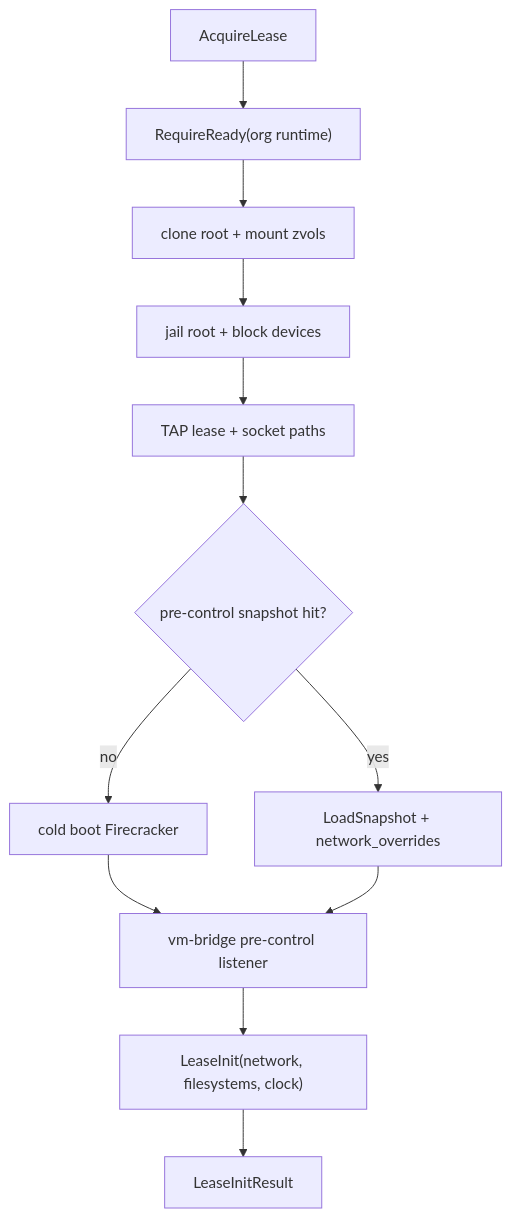
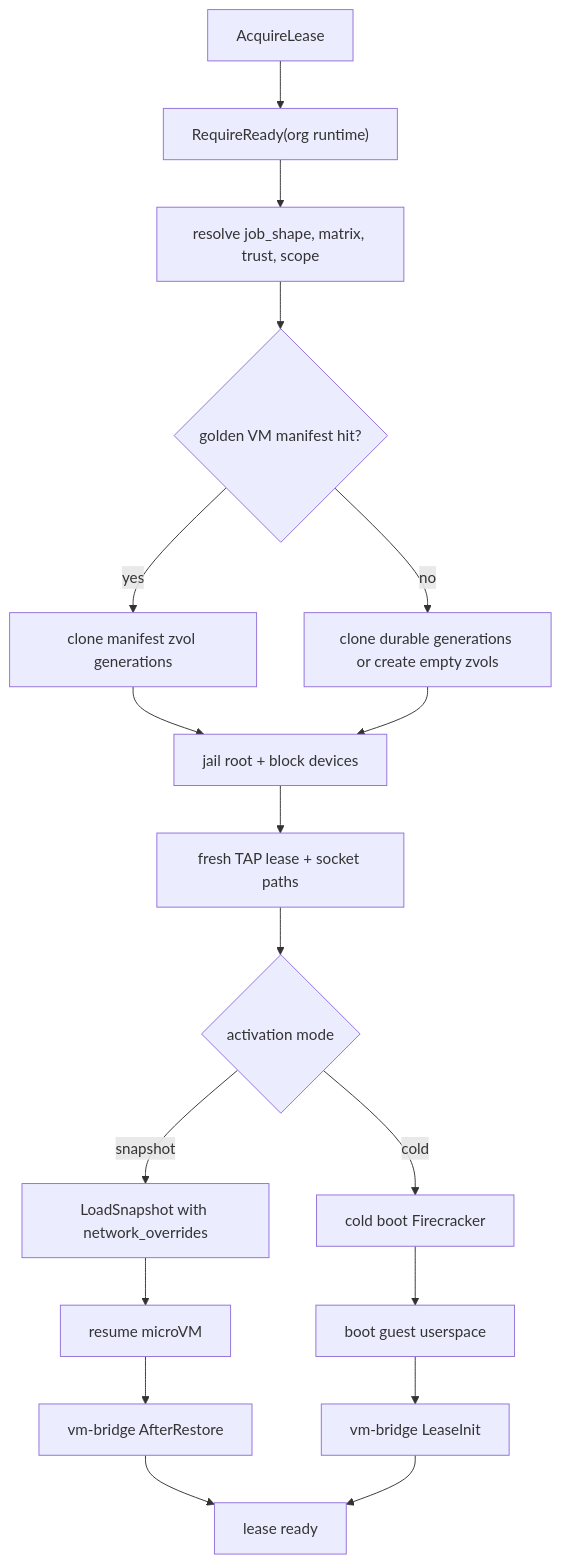
One commit to guardian-intelligence/verself changed the second of 6 diagrams in src/substrate/vm-orchestrator/docs/firecracker-snapshot-lifecycle.md. Above: the diagram before and after it, drawn with Mermaid. The commit also changed other lines of this file and 14 other files, not shown here.

Commit message:
Document golden VM snapshot artifacts

````diff
--- a/src/substrate/vm-orchestrator/docs/firecracker-snapshot-lifecycle.md
+++ b/src/substrate/vm-orchestrator/docs/firecracker-snapshot-lifecycle.md
@@ -13,16 +21,25 @@
 ```mermaid
 flowchart TD
     acquire["AcquireLease"] --> require["RequireReady(org runtime)"]
-    require --> zvols["clone root + mount zvols"]
+    require --> shape["resolve job_shape, matrix, trust, scope"]
+    shape --> manifest{"golden VM manifest hit?"}
+
+    manifest -->|yes| zvols["clone manifest zvol generations"]
+    manifest -->|no| coldzvols["clone durable generations or create empty zvols"]
+
     zvols --> jail["jail root + block devices"]
-    jail --> tap["TAP lease + socket paths"]
-    tap --> hit{pre-control snapshot hit?}
+    coldzvols --> jail
+    jail --> tap["fresh TAP lease + socket paths"]
+    tap --> fc{"activation mode"}
 
-    hit -->|no| cold["cold boot Firecracker"]
-    hit -->|yes| restore["LoadSnapshot + network_overrides"]
-    cold --> precontrol["vm-bridge pre-control listener"]
-    restore --> precontrol
+    fc -->|snapshot| load["LoadSnapshot with network_overrides"]
+    fc -->|cold| boot["cold boot Firecracker"]
 
-    precontrol --> leaseinit["LeaseInit(network, filesystems, clock)"]
-    leaseinit --> result["LeaseInitResult"]
+    load --> resume["resume microVM"]
+    boot --> guest["boot guest userspace"]
+    resume --> afterrestore["vm-bridge AfterRestore"]
+    guest --> leaseinit["vm-bridge LeaseInit"]
+
+    afterrestore --> ready["lease ready"]
+    leaseinit --> ready
 ```
````
